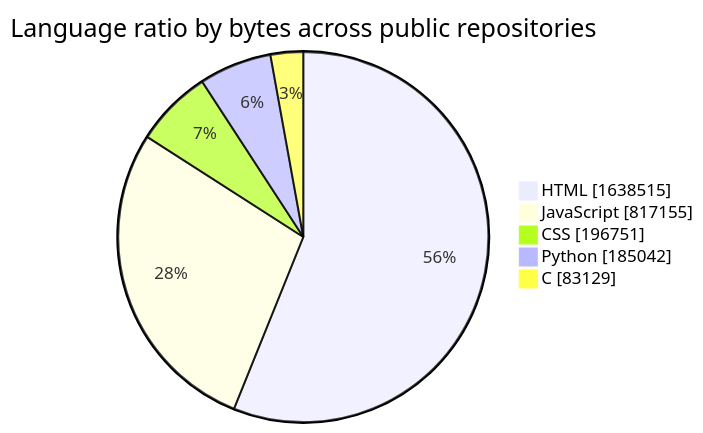
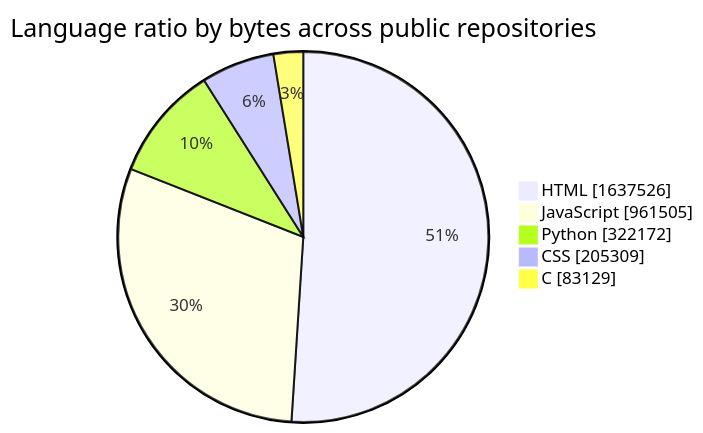
The first of 2 diagrams in README.md (tchinso/tchinso), drawn with Mermaid before and after one commit. The commit also changed other lines of this file, not shown here.

````diff
--- a/README.md
+++ b/README.md
@@ -24,9 +24,9 @@
 ```mermaid
 pie showData
     title Language ratio by bytes across public repositories
-    "HTML" : 1638515
-    "JavaScript" : 817155
-    "CSS" : 196751
-    "Python" : 185042
+    "HTML" : 1637526
+    "JavaScript" : 961505
+    "Python" : 322172
+    "CSS" : 205309
     "C" : 83129
 ```
````
